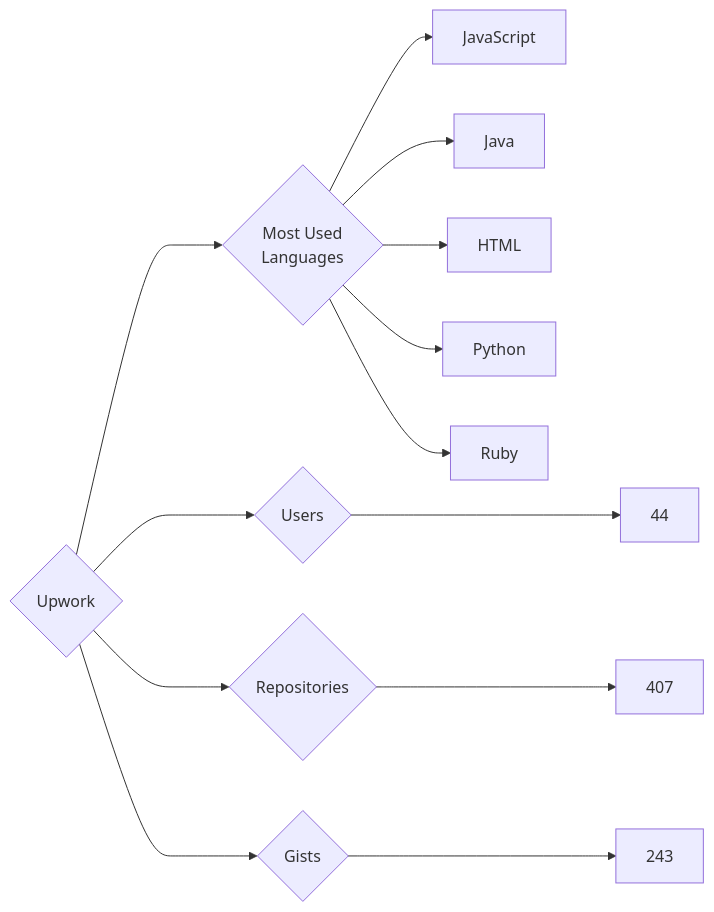
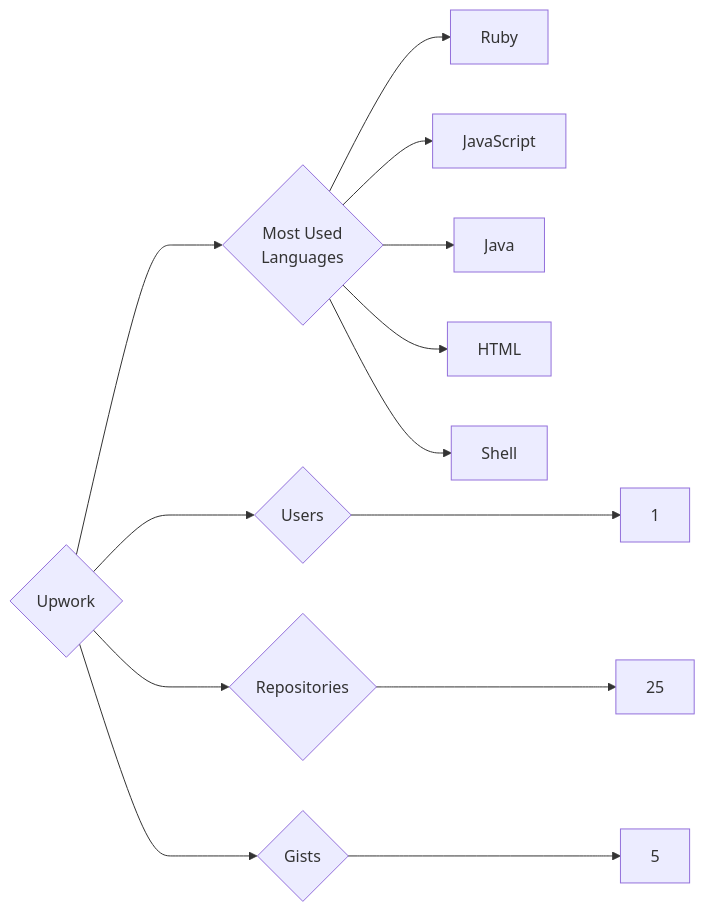
The diagram in targets/Upwork/README.md (trickest/insiders), drawn with Mermaid before and after one commit. The commit also changed 939 other files, not shown here.

````diff
--- a/targets/Upwork/README.md
+++ b/targets/Upwork/README.md
@@ -3,13 +3,13 @@
 ```mermaid
 graph LR
 COMPANY_NAME{Upwork}
-COMPANY_NAME ---> U{Users} ---> UN[44]
-COMPANY_NAME ---> R{Repositories} ---> RN[407]
-COMPANY_NAME ---> G{Gists} ---> GN[243]
+COMPANY_NAME ---> U{Users} ---> UN[1]
+COMPANY_NAME ---> R{Repositories} ---> RN[25]
+COMPANY_NAME ---> G{Gists} ---> GN[5]
 COMPANY_NAME ---> ML{Most Used<br>Languages}
+ML --> Ruby[Ruby]
 ML --> JavaScript[JavaScript]
 ML --> Java[Java]
 ML --> HTML[HTML]
-ML --> Python[Python]
-ML --> Ruby[Ruby]
+ML --> Shell[Shell]
 ```
````
